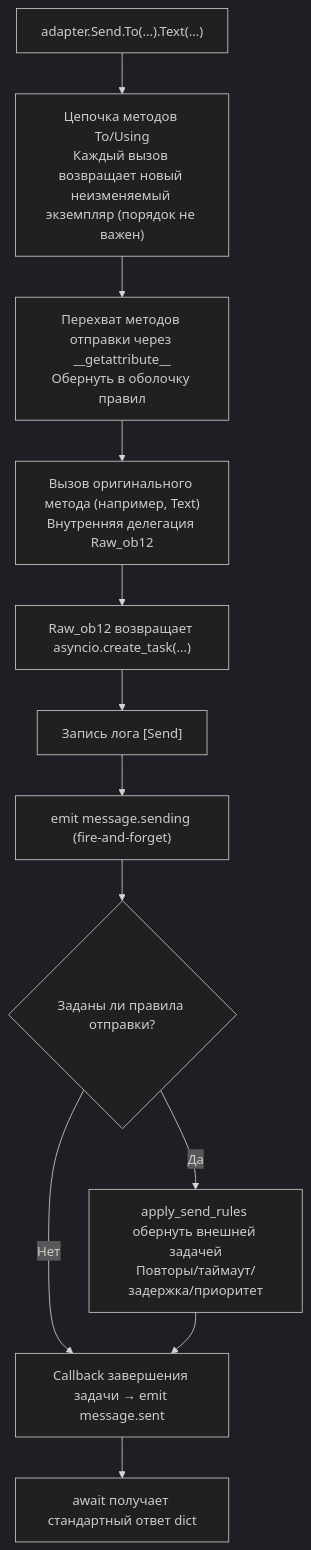
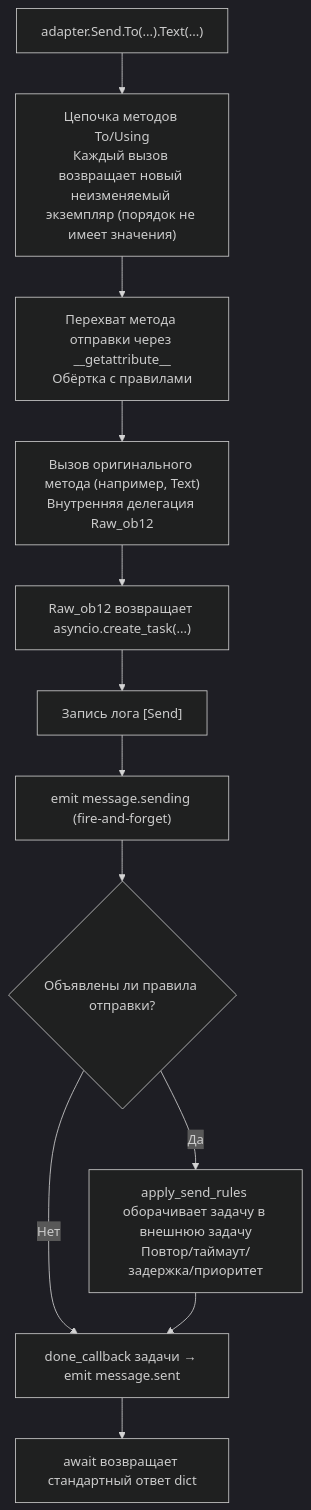
The second of 2 diagrams in docs/ru/developer-guide/adapters/send-dsl.md (ErisPulse/ErisPulse), drawn with Mermaid (dark theme) before and after one commit. The commit also changed other lines of this file and 622 other files, not shown here.

````diff
--- a/docs/ru/developer-guide/adapters/send-dsl.md
+++ b/docs/ru/developer-guide/adapters/send-dsl.md
@@ -574,14 +574,14 @@
 ```mermaid
 flowchart TD
-    A["adapter.Send.To(...).Text(...)"] --> B["Цепочка методов To/Using<br/>Каждый вызов возвращает новый неизменяемый экземпляр (порядок не важен)"]
-    B --> C["Перехват методов отправки через __getattribute__<br/>Обернуть в оболочку правил"]
+    A["adapter.Send.To(...).Text(...)"] --> B["Цепочка методов To/Using<br/>Каждый вызов возвращает новый неизменяемый экземпляр (порядок не имеет значения)"]
+    B --> C["Перехват метода отправки через __getattribute__<br/>Обёртка с правилами"]
     C --> D["Вызов оригинального метода (например, Text)<br/>Внутренняя делегация Raw_ob12"]
     D --> E["Raw_ob12 возвращает asyncio.create_task(...)"]
     E --> F["Запись лога [Send]"]
     F --> G["emit message.sending (fire-and-forget)"]
-    G --> H{"Заданы ли правила отправки?"}
-    H -->|"Нет"| I["Callback завершения задачи → emit message.sent"]
-    H -->|"Да"| J["apply_send_rules обернуть внешней задачей<br/>Повторы/таймаут/задержка/приоритет"]
+    G --> H{"Объявлены ли правила отправки?"}
+    H -->|"Нет"| I["done_callback задачи → emit message.sent"]
+    H -->|"Да"| J["apply_send_rules оборачивает задачу в внешнюю задачу<br/>Повтор/таймаут/задержка/приоритет"]
     J --> I
-    I --> K["await получает стандартный ответ dict"]
+    I --> K["await возвращает стандартный ответ dict"]
 ```
````
